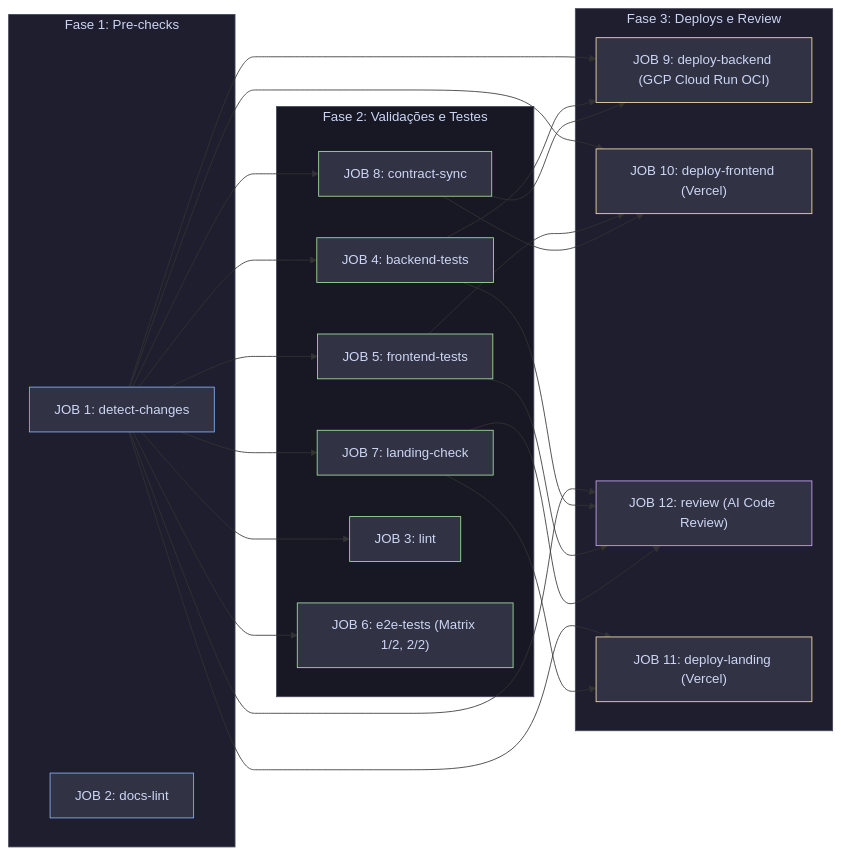
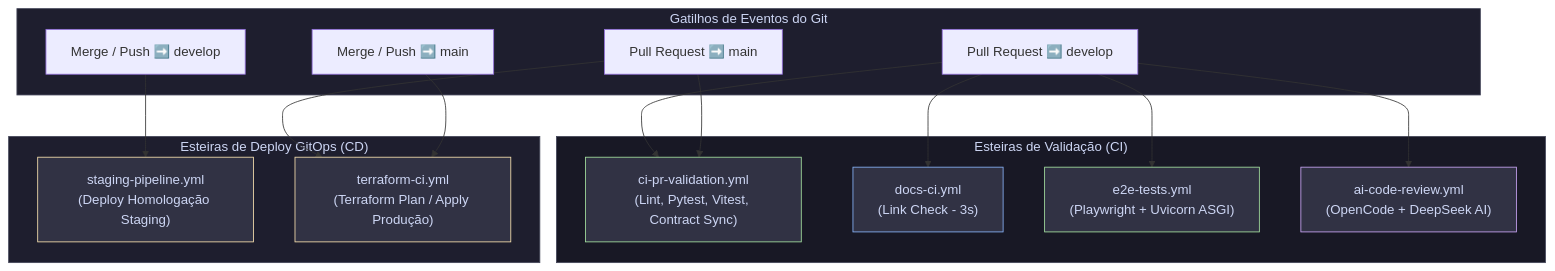
Before and after one commit to Rafaelp122/wedding_management: the diagram in docs/4-explanation/architecture/ci-cd-pipeline-flow.md, drawn with Mermaid. The commit also changed other lines of this file and 5 other files, not shown here.

````diff
--- a/docs/4-explanation/architecture/ci-cd-pipeline-flow.md
+++ b/docs/4-explanation/architecture/ci-cd-pipeline-flow.md
@@ -19,52 +23,43 @@
 ```mermaid
-graph LR
-    subgraph PreChecks ["Fase 1: Pre-checks"]
-        J1["JOB 1: detect-changes"]
-        J2["JOB 2: docs-lint"]
+graph TD
+    subgraph Triggers ["Gatilhos de Eventos do Git"]
+        PR_DEV["Pull Request ➡️ develop"]
+        PR_MAIN["Pull Request ➡️ main"]
+        PUSH_DEV["Merge / Push ➡️ develop"]
+        PUSH_MAIN["Merge / Push ➡️ main"]
     end
 
-    subgraph Validation ["Fase 2: Validações e Testes"]
-        J8["JOB 8: contract-sync"]
-        J4["JOB 4: backend-tests"]
-        J5["JOB 5: frontend-tests"]
-        J7["JOB 7: landing-check"]
-        J3["JOB 3: lint"]
-        J6["JOB 6: e2e-tests (Matrix 1/2, 2/2)"]
+    subgraph CI_Pipelines ["Esteiras de Validação (CI)"]
+        W1["ci-pr-validation.yml<br/>(Lint, Pytest, Vitest, Contract Sync)"]
+        W2["docs-ci.yml<br/>(Link Check - 3s)"]
+        W3["e2e-tests.yml<br/>(Playwright + Uvicorn ASGI)"]
+        W4["ai-code-review.yml<br/>(OpenCode + DeepSeek AI)"]
     end
 
-    subgraph Delivery ["Fase 3: Deploys e Review"]
-        J9["JOB 9: deploy-backend (GCP Cloud Run OCI)"]
-        J10["JOB 10: deploy-frontend (Vercel)"]
-        J12["JOB 12: review (AI Code Review)"]
-        J11["JOB 11: deploy-landing (Vercel)"]
+    subgraph CD_Pipelines ["Esteiras de Deploy GitOps (CD)"]
+        W5["staging-pipeline.yml<br/>(Deploy Homologação Staging)"]
+        W6["terraform-ci.yml<br/>(Terraform Plan / Apply Produção)"]
     end
 
-    J1 --> J8
-    J1 --> J4
-    J1 --> J5
-    J1 --> J7
-    J1 --> J3
-    J1 --> J6
+    PR_DEV --> W1
+    PR_DEV --> W4
+    PR_DEV --> W2
+    PR_DEV --> W3
 
-    J1 & J4 & J8 --> J9
-    J1 & J5 & J8 --> J10
-    J1 & J4 & J5 & J7 --> J12
-    J1 & J7 --> J11
+    PUSH_DEV --> W5
 
-    style PreChecks fill:#1e1e2e,stroke:#45475a,color:#cdd6f4
-    style Validation fill:#181825,stroke:#45475a,color:#cdd6f4
-    style Delivery fill:#1e1e2e,stroke:#45475a,color:#cdd6f4
+    PR_MAIN --> W1
+    PR_MAIN --> W6
+    PUSH_MAIN --> W6
 
-    style J1 fill:#313244,stroke:#89b4fa,color:#cdd6f4
-    style J2 fill:#313244,stroke:#89b4fa,color:#cdd6f4
-    style J3 fill:#313244,stroke:#a6e3a1,color:#cdd6f4
-    style J4 fill:#313244,stroke:#a6e3a1,color:#cdd6f4
-    style J5 fill:#313244,stroke:#a6e3a1,color:#cdd6f4
-    style J6 fill:#313244,stroke:#a6e3a1,color:#cdd6f4
-    style J7 fill:#313244,stroke:#a6e3a1,color:#cdd6f4
-    style J8 fill:#313244,stroke:#a6e3a1,color:#cdd6f4
-    style J9 fill:#313244,stroke:#f9e2af,color:#cdd6f4
-    style J10 fill:#313244,stroke:#f9e2af,color:#cdd6f4
-    style J11 fill:#313244,stroke:#f9e2af,color:#cdd6f4
-    style J12 fill:#313244,stroke:#cba6f7,color:#cdd6f4
+    style Triggers fill:#1e1e2e,stroke:#45475a,color:#cdd6f4
+    style CI_Pipelines fill:#181825,stroke:#45475a,color:#cdd6f4
+    style CD_Pipelines fill:#1e1e2e,stroke:#45475a,color:#cdd6f4
+
+    style W1 fill:#313244,stroke:#a6e3a1,color:#cdd6f4
+    style W2 fill:#313244,stroke:#89b4fa,color:#cdd6f4
+    style W3 fill:#313244,stroke:#a6e3a1,color:#cdd6f4
+    style W4 fill:#313244,stroke:#cba6f7,color:#cdd6f4
+    style W5 fill:#313244,stroke:#f9e2af,color:#cdd6f4
+    style W6 fill:#313244,stroke:#f9e2af,color:#cdd6f4
 ```
````
